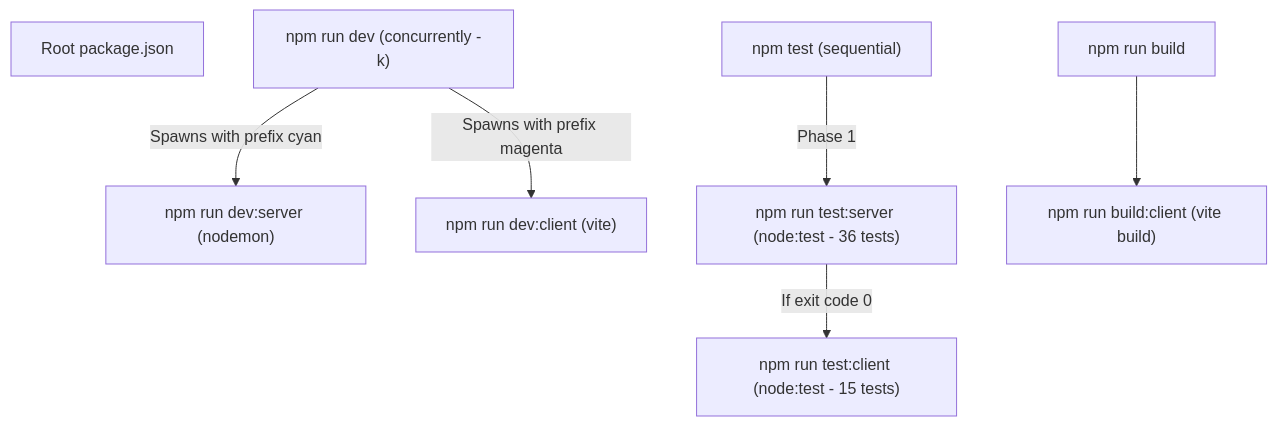
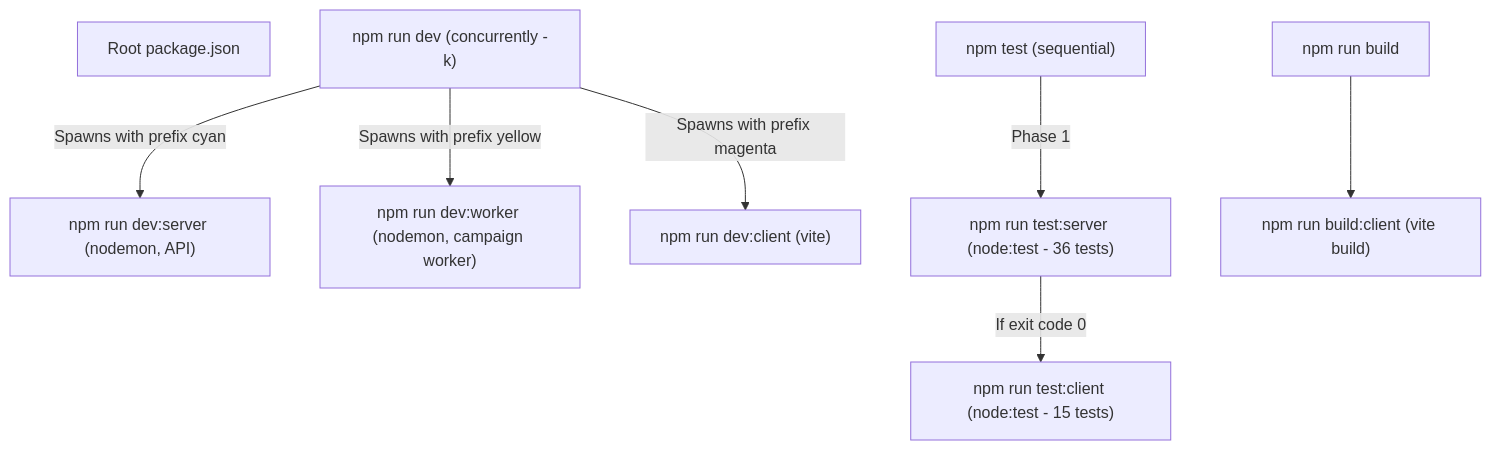
The second of 6 diagrams in docs/architecture.md (Denish2410/mailPulse), drawn with Mermaid before and after one commit. The commit also changed other lines of this file and 2 other files, not shown here.

First line of the commit message:
docs: document the API/worker process model, outcomes and residual risks

````diff
--- a/docs/architecture.md
+++ b/docs/architecture.md
@@ -225,15 +225,16 @@
 ```mermaid
 graph TD
     Root["Root package.json"]
     Dev["npm run dev (concurrently -k)"]
     Test["npm test (sequential)"]
     Build["npm run build"]
 
-    Dev -->|Spawns with prefix cyan| ServerDev["npm run dev:server (nodemon)"]
+    Dev -->|Spawns with prefix cyan| ServerDev["npm run dev:server (nodemon, API)"]
+    Dev -->|Spawns with prefix yellow| WorkerDev["npm run dev:worker (nodemon, campaign worker)"]
     Dev -->|Spawns with prefix magenta| ClientDev["npm run dev:client (vite)"]
 
     Test -->|Phase 1| ServerTest["npm run test:server (node:test - 36 tests)"]
     ServerTest -->|If exit code 0| ClientTest["npm run test:client (node:test - 15 tests)"]
 
     Build --> ClientBuild["npm run build:client (vite build)"]
 ```
````
